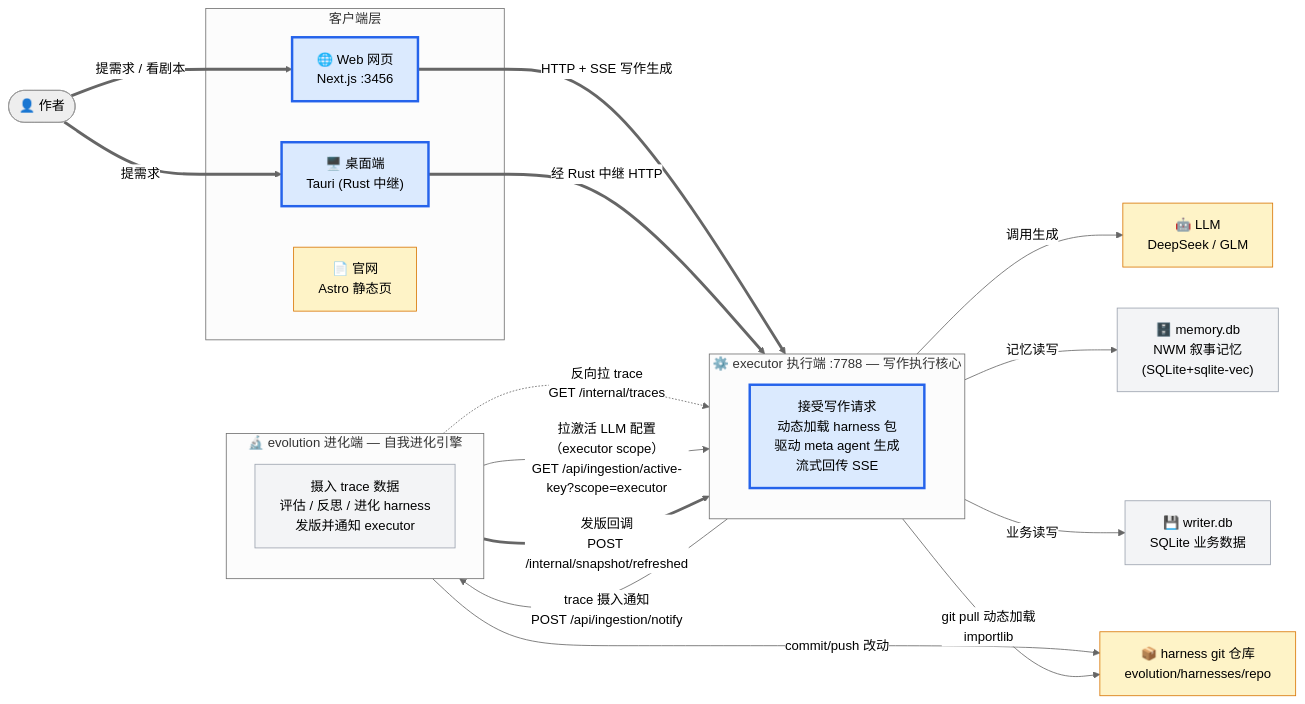
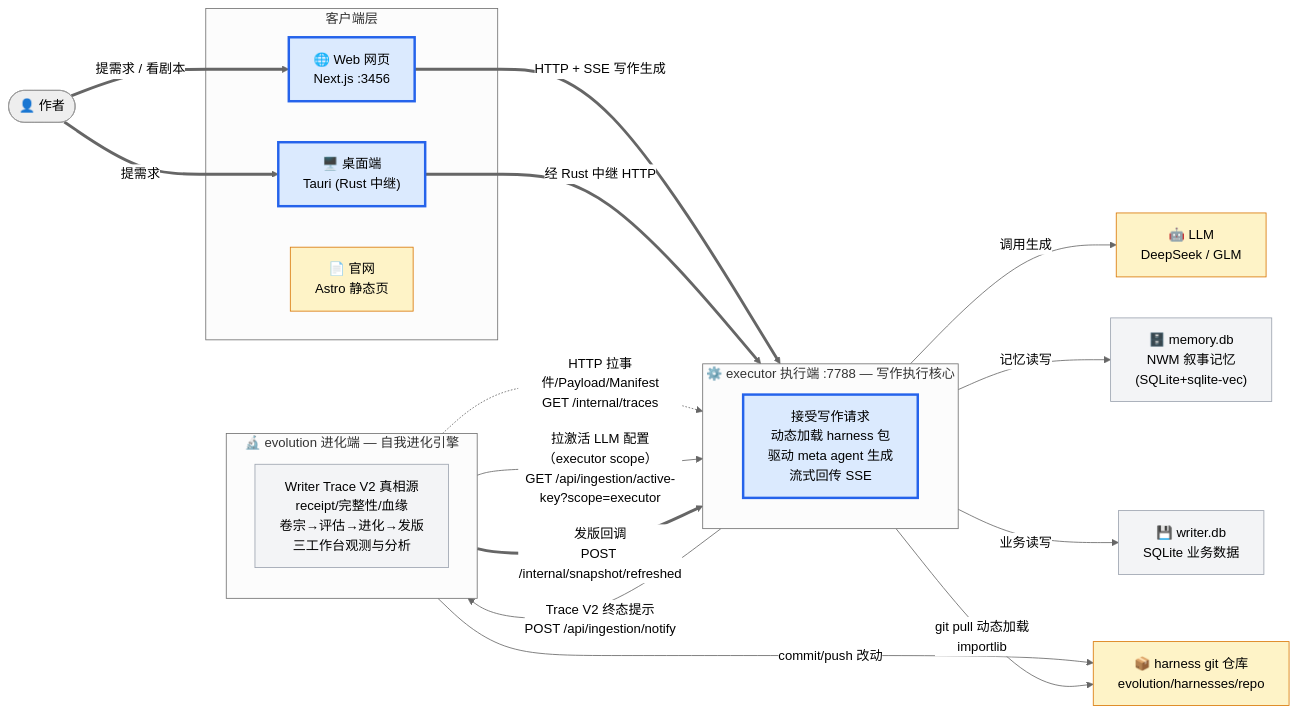
Before and after one commit to gaoshoupaper-code/EvoWriter: the first of 8 diagrams in docs/系统心智模型.md, drawn with Mermaid (neutral theme). The commit also changed other lines of this file and 86 other files, not shown here.

````diff
--- a/docs/系统心智模型.md
+++ b/docs/系统心智模型.md
@@ -42,57 +42,57 @@
 ```mermaid
 flowchart LR
     Author(["👤 作者"])
 
     subgraph Clients["客户端层"]
         Web["🌐 Web 网页<br/>Next.js :3456"]
         Desk["🖥️ 桌面端<br/>Tauri (Rust 中继)"]
         Site["📄 官网<br/>Astro 静态页"]
     end
 
     subgraph EX["⚙️ executor 执行端 :7788 — 写作执行核心"]
         direction TB
         EX_Core["接受写作请求<br/>动态加载 harness 包<br/>驱动 meta agent 生成<br/>流式回传 SSE"]
     end
 
     subgraph EV["🔬 evolution 进化端 — 自我进化引擎"]
         direction TB
-        EV_Core["摄入 trace 数据<br/>评估 / 反思 / 进化 harness<br/>发版并通知 executor"]
+        EV_Core["Writer Trace V2 真相源<br/>receipt/完整性/血缘<br/>卷宗→评估→进化→发版<br/>三工作台观测与分析"]
     end
 
     LLM["🤖 LLM<br/>DeepSeek / GLM"]
     MemDB["🗄️ memory.db<br/>NWM 叙事记忆<br/>(SQLite+sqlite-vec)"]
     DB["💾 writer.db<br/>SQLite 业务数据"]
     GitRepo["📦 harness git 仓库<br/>evolution/harnesses/repo"]
 
     %% 主线：写作生成全旅途（粗箭头）
     Author ==>|"提需求 / 看剧本"| Web
     Author ==>|"提需求"| Desk
     Web ==>|"HTTP + SSE 写作生成"| EX_Core
     Desk ==>|"经 Rust 中继 HTTP"| EX_Core
 
     %% executor 调外部
     EX_Core -->|"调用生成"| LLM
     EX_Core -->|"记忆读写"| MemDB
     EX_Core -->|"业务读写"| DB
 
     %% 进化闭环：executor ↔ evolution
-    EX_Core -->|"trace 摄入通知<br/>POST /api/ingestion/notify"| EV_Core
-    EV_Core -.->|"反向拉 trace<br/>GET /internal/traces"| EX_Core
+    EX_Core -->|"Trace V2 终态提示<br/>POST /api/ingestion/notify"| EV_Core
+    EV_Core -.->|"HTTP 拉事件/Payload/Manifest<br/>GET /internal/traces"| EX_Core
     EV_Core -->|"拉激活 LLM 配置（executor scope）<br/>GET /api/ingestion/active-key?scope=executor"| EX_Core
     EV_Core ==>|"发版回调<br/>POST /internal/snapshot/refreshed"| EX_Core
 
     %% harness 包加载
     EX_Core -->|"git pull 动态加载<br/>importlib"| GitRepo
     EV_Core -->|"commit/push 改动"| GitRepo
 
     %% 官网独立
     Site
 
     classDef main fill:#dbeafe,stroke:#2563eb,stroke-width:3px
     classDef side fill:#f3f4f6,stroke:#9ca3af
     classDef ext fill:#fef3c7,stroke:#d97706
 
     class Web,Desk,EX_Core main
     class EV_Core,DB,MemDB side
     class LLM,GitRepo,Site ext
 ```
````
